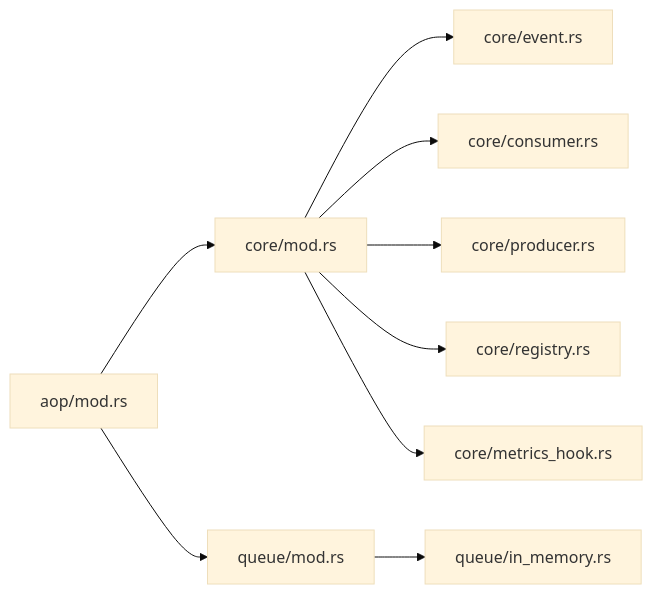
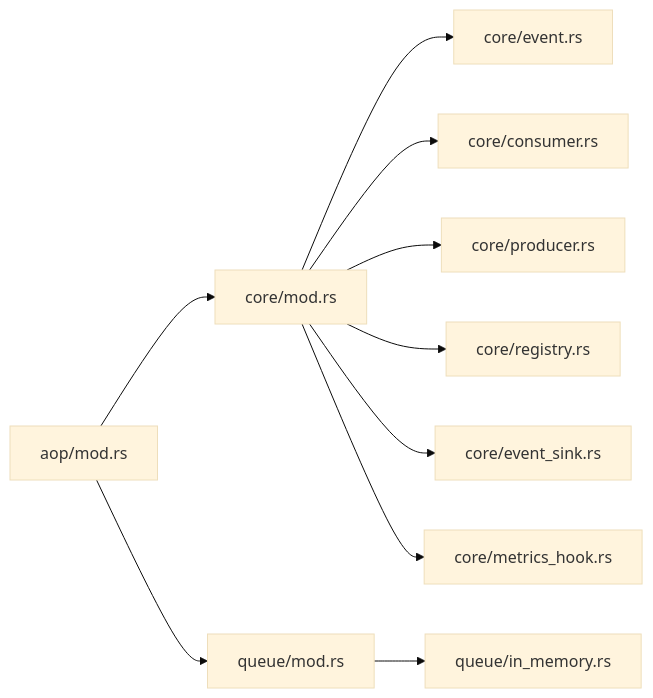
One commit to runningcoders/ai_orz changed the fourth of 4 diagrams in docs/wiki/zh/content/基础设施/AOP 事件系统/事件队列管理.md. Above: the diagram before and after it, drawn with Mermaid (base theme). The commit also changed other lines of this file and 37 other files, not shown here.

````diff
--- a/docs/wiki/zh/content/基础设施/AOP 事件系统/事件队列管理.md
+++ b/docs/wiki/zh/content/基础设施/AOP 事件系统/事件队列管理.md
@@ -188,11 +204,12 @@
 ```mermaid
 graph LR
 MOD["aop/mod.rs"] --> CORE_MOD["core/mod.rs"]
 CORE_MOD --> EVENT["core/event.rs"]
 CORE_MOD --> CONSUMER["core/consumer.rs"]
 CORE_MOD --> PRODUCER["core/producer.rs"]
 CORE_MOD --> REGISTRY["core/registry.rs"]
+CORE_MOD --> SINK["core/event_sink.rs"]
 CORE_MOD --> METRICS["core/metrics_hook.rs"]
 MOD --> QUEUE_MOD["queue/mod.rs"]
 QUEUE_MOD --> INMEM["queue/in_memory.rs"]
 ```
````
